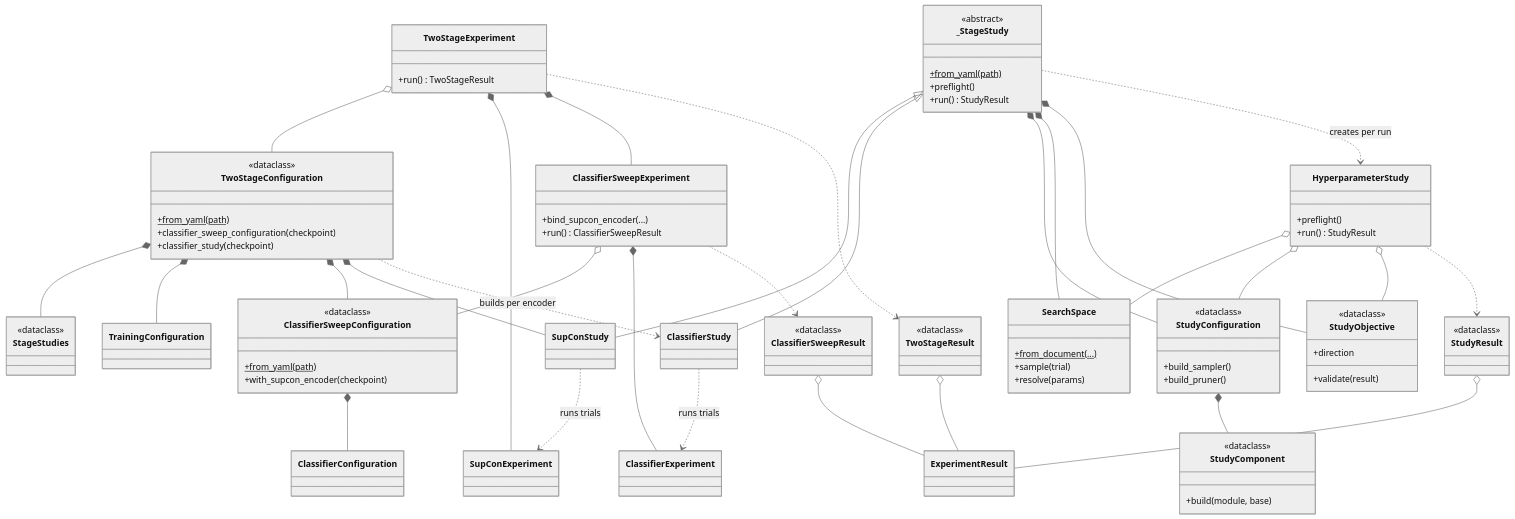
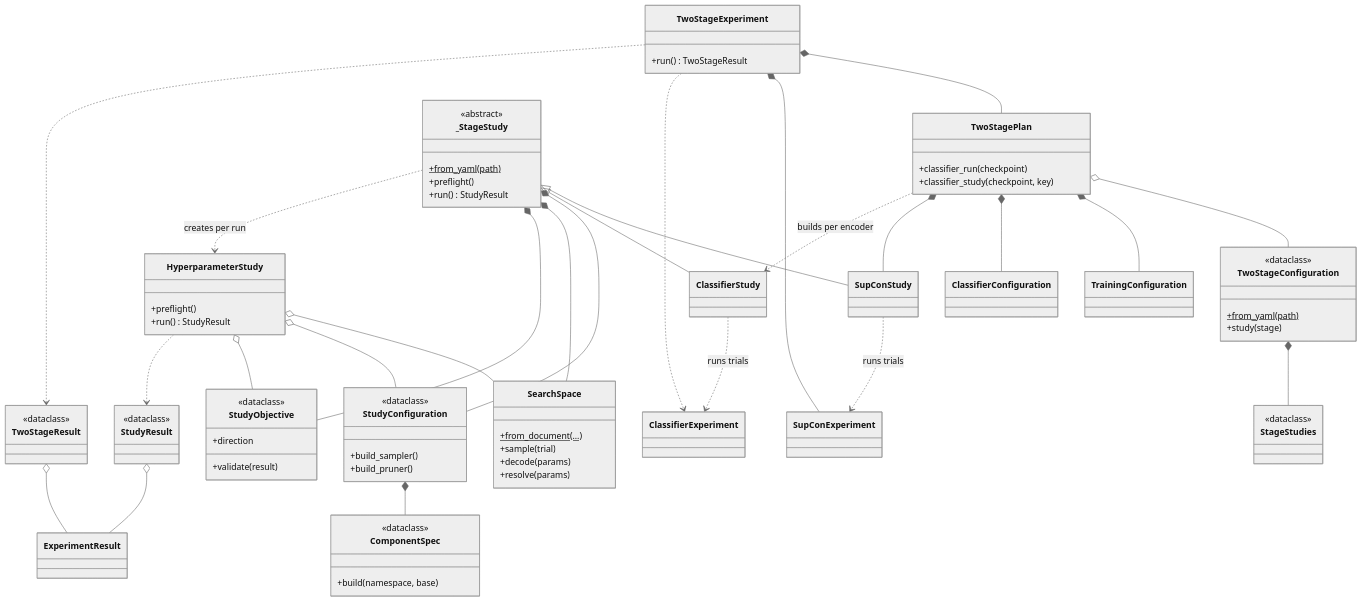
The sixth of 7 diagrams in README.md (ssciwr/smartrodent_experiments), drawn with Mermaid (neutral theme) before and after one commit. The commit also changed other lines of this file and 55 other files, not shown here.

````diff
--- a/README.md
+++ b/README.md
@@ -552,29 +552,19 @@
     class TwoStageConfiguration {
         <<dataclass>>
         +from_yaml(path)$
-        +classifier_sweep_configuration(checkpoint)
-        +classifier_study(checkpoint)
+        +study(stage)
     }
     class StageStudies {
         <<dataclass>>
+    }
+    class TwoStagePlan {
+        +classifier_run(checkpoint)
+        +classifier_study(checkpoint, key)
     }
     class TwoStageExperiment {
         +run() TwoStageResult
     }
     class TwoStageResult {
-        <<dataclass>>
-    }
-
-    class ClassifierSweepConfiguration {
-        <<dataclass>>
-        +from_yaml(path)$
-        +with_supcon_encoder(checkpoint)
-    }
-    class ClassifierSweepExperiment {
-        +bind_supcon_encoder(...)
-        +run() ClassifierSweepResult
-    }
-    class ClassifierSweepResult {
         <<dataclass>>
     }
 
@@ -594,6 +584,7 @@
     class SearchSpace {
         +from_document(...)$
         +sample(trial)
+        +decode(params)
         +resolve(params)
     }
     class StudyConfiguration {
@@ -601,9 +592,9 @@
         +build_sampler()
         +build_pruner()
     }
-    class StudyComponent {
+    class ComponentSpec {
         <<dataclass>>
-        +build(module, base)
+        +build(namespace, base)
     }
     class StudyObjective {
         <<dataclass>>
@@ -620,20 +611,16 @@
     class ClassifierConfiguration
     class ExperimentResult
 
-    TwoStageExperiment o-- TwoStageConfiguration
     TwoStageConfiguration *-- StageStudies
-    TwoStageConfiguration *-- TrainingConfiguration
-    TwoStageConfiguration *-- ClassifierSweepConfiguration
-    TwoStageConfiguration *-- SupConStudy
-    TwoStageConfiguration ..> ClassifierStudy : builds per encoder
+    TwoStagePlan o-- TwoStageConfiguration
+    TwoStagePlan *-- TrainingConfiguration
+    TwoStagePlan *-- ClassifierConfiguration
+    TwoStagePlan *-- SupConStudy
+    TwoStagePlan ..> ClassifierStudy : builds per encoder
+    TwoStageExperiment *-- TwoStagePlan
     TwoStageExperiment *-- SupConExperiment
-    TwoStageExperiment *-- ClassifierSweepExperiment
+    TwoStageExperiment ..> ClassifierExperiment
     TwoStageExperiment ..> TwoStageResult
-
-    ClassifierSweepExperiment o-- ClassifierSweepConfiguration
-    ClassifierSweepConfiguration *-- ClassifierConfiguration
-    ClassifierSweepExperiment *-- ClassifierExperiment
-    ClassifierSweepExperiment ..> ClassifierSweepResult
 
     _StageStudy <|-- SupConStudy
     _StageStudy <|-- ClassifierStudy
@@ -648,9 +635,8 @@
     HyperparameterStudy o-- StudyConfiguration
     HyperparameterStudy o-- StudyObjective
     HyperparameterStudy ..> StudyResult
-    StudyConfiguration *-- StudyComponent
+    StudyConfiguration *-- ComponentSpec
 
     StudyResult o-- ExperimentResult
-    ClassifierSweepResult o-- ExperimentResult
     TwoStageResult o-- ExperimentResult
 ```
````
